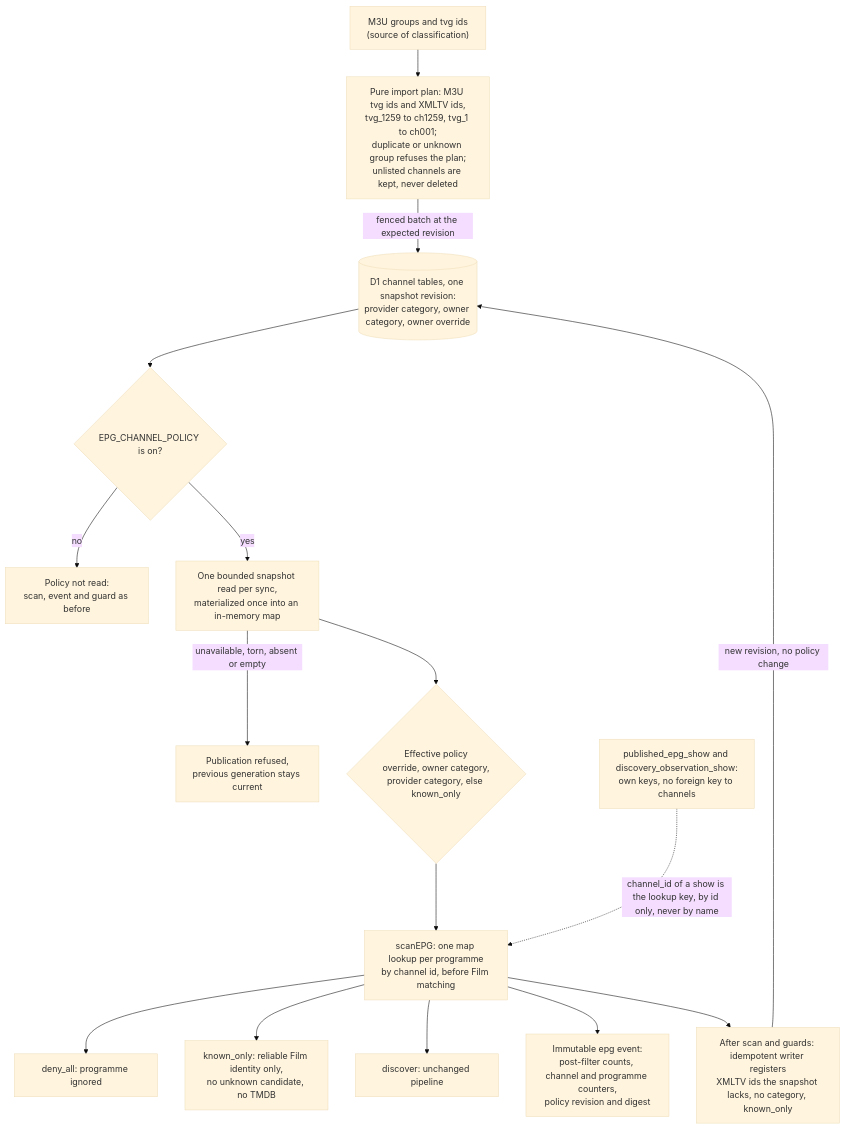
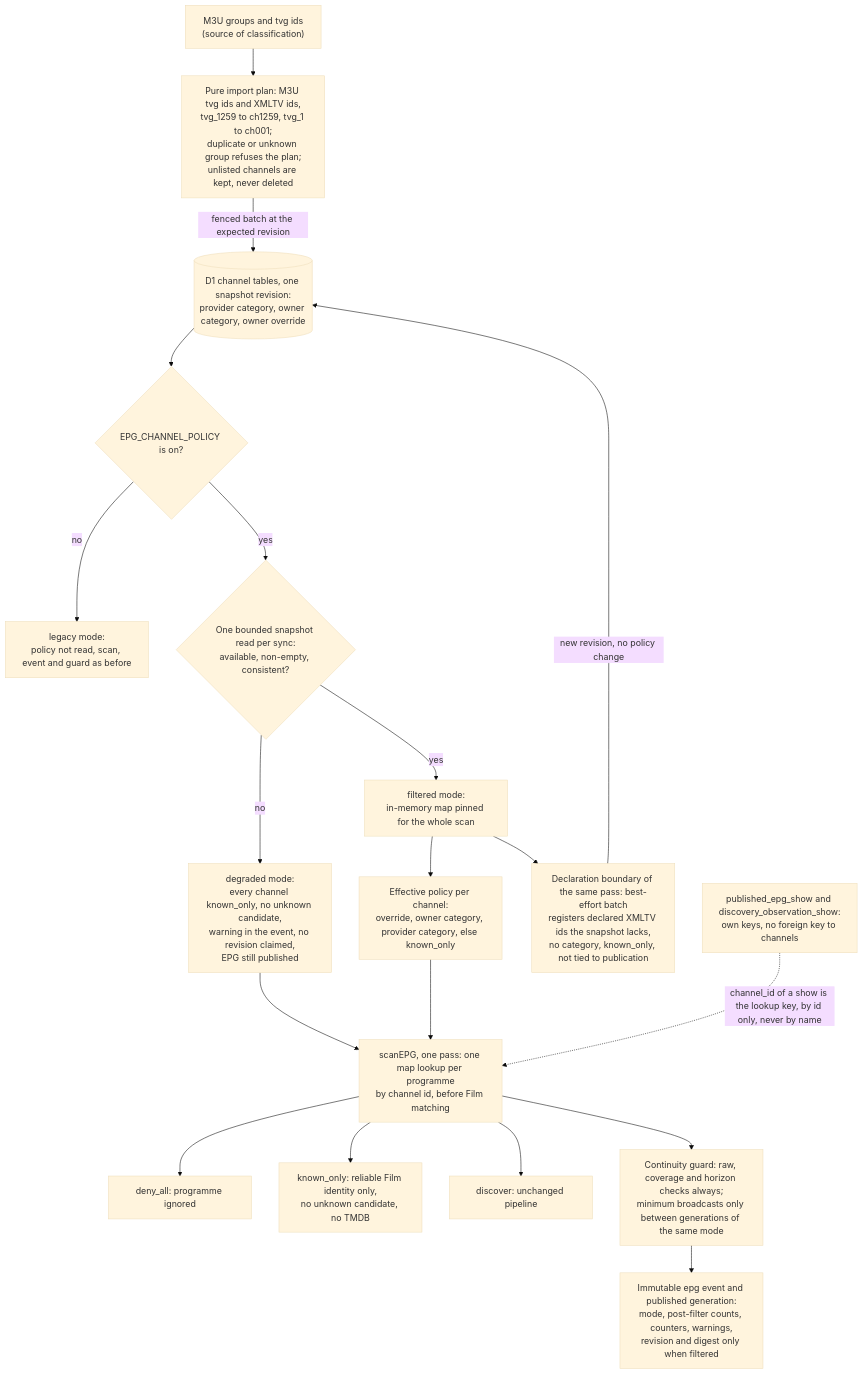
One commit to vladimino/iptv-watchlist changed the seventh of 7 diagrams in docs/architecture/epg-and-availability.md. Above: the diagram before and after it, drawn with Mermaid (base theme). The commit also changed other lines of this file and 15 other files, not shown here.

First line of the commit message:
Apply the accepted ADR 0191 combination: three scan modes, degrade, boundary registration

````diff
--- a/docs/architecture/epg-and-availability.md
+++ b/docs/architecture/epg-and-availability.md
@@ -193,30 +193,33 @@
 ```mermaid
 flowchart TD
     m3u["M3U groups and tvg ids<br/>(source of classification)"]
     plan["Pure import plan: M3U tvg ids and XMLTV ids,<br/>tvg_1259 to ch1259, tvg_1 to ch001;<br/>duplicate or unknown group refuses the plan;<br/>unlisted channels are kept, never deleted"]
     tables[("D1 channel tables, one snapshot revision:<br/>provider category, owner category, owner override")]
     gate{"EPG_CHANNEL_POLICY is on?"}
-    off["Policy not read:<br/>scan, event and guard as before"]
-    snapshot["One bounded snapshot read per sync,<br/>materialized once into an in-memory map"]
-    refuse["Publication refused,<br/>previous generation stays current"]
-    derive{"Effective policy<br/>override, owner category,<br/>provider category, else known_only"}
-    scan["scanEPG: one map lookup per programme<br/>by channel id, before Film matching"]
+    legacy["legacy mode:<br/>policy not read, scan, event and guard as before"]
+    snapshot{"One bounded snapshot read per sync:<br/>available, non-empty, consistent?"}
+    degraded["degraded mode:<br/>every channel known_only, no unknown candidate,<br/>warning in the event, no revision claimed,<br/>EPG still published"]
+    filtered["filtered mode:<br/>in-memory map pinned for the whole scan"]
+    derive["Effective policy per channel:<br/>override, owner category, provider category, else known_only"]
+    scan["scanEPG, one pass: one map lookup per programme<br/>by channel id, before Film matching"]
     deny["deny_all: programme ignored"]
     known["known_only: reliable Film identity only,<br/>no unknown candidate, no TMDB"]
     disc["discover: unchanged pipeline"]
-    event["Immutable epg event:<br/>post-filter counts, channel and programme counters,<br/>policy revision and digest"]
-    register["After scan and guards: idempotent writer registers<br/>XMLTV ids the snapshot lacks, no category, known_only"]
+    register["Declaration boundary of the same pass: best-effort batch<br/>registers declared XMLTV ids the snapshot lacks,<br/>no category, known_only, not tied to publication"]
+    event["Immutable epg event and published generation:<br/>mode, post-filter counts, counters, warnings,<br/>revision and digest only when filtered"]
+    guard["Continuity guard: raw, coverage and horizon checks always;<br/>minimum broadcasts only between generations of the same mode"]
     shows["published_epg_show and discovery_observation_show:<br/>own keys, no foreign key to channels"]
     m3u --> plan -->|"fenced batch at the expected revision"| tables --> gate
-    gate -->|"no"| off
+    gate -->|"no"| legacy
     gate -->|"yes"| snapshot
-    snapshot -->|"unavailable, torn, absent or empty"| refuse
-    snapshot --> derive --> scan
+    snapshot -->|"no"| degraded
+    snapshot -->|"yes"| filtered --> derive --> scan
+    degraded --> scan
     scan --> deny
     scan --> known
     scan --> disc
-    scan --> event
-    scan --> register
+    filtered --> register
     register -->|"new revision, no policy change"| tables
+    scan --> guard --> event
     shows -.->|"channel_id of a show is the lookup key, by id only, never by name"| scan
 ```
````
